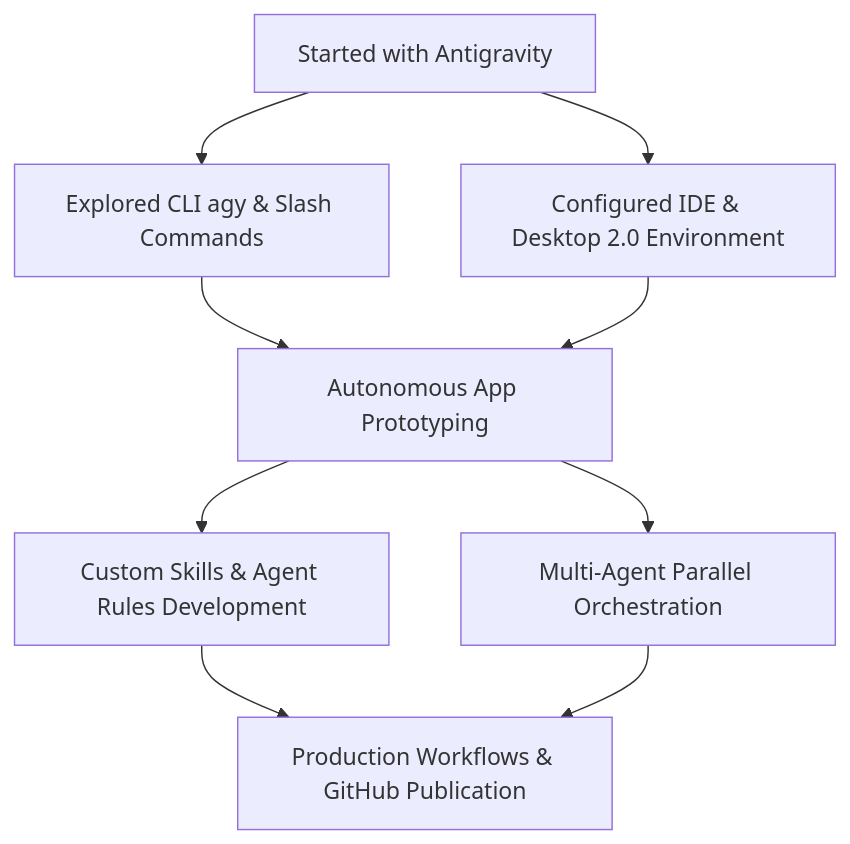
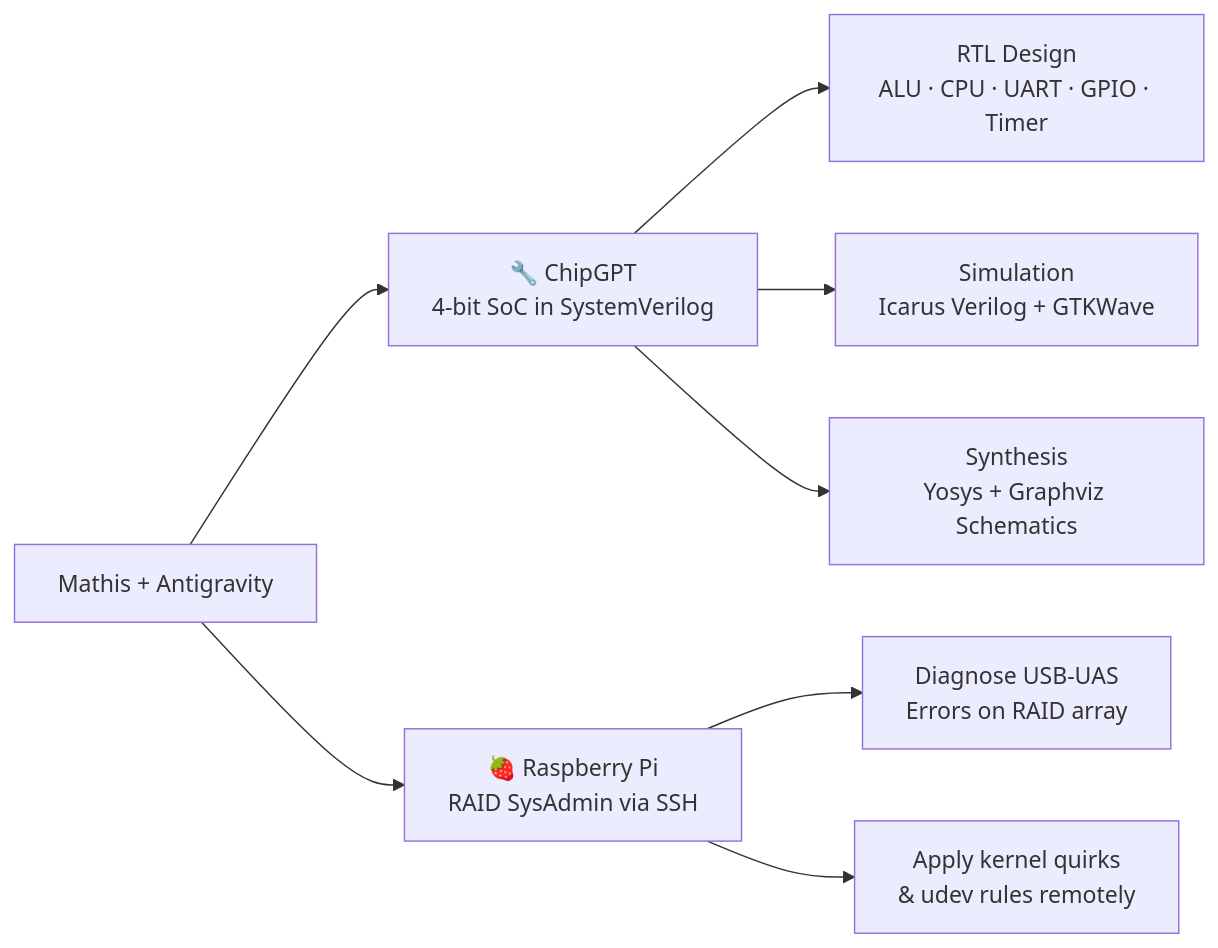
One commit to MathisBonnard/tst_agy changed the diagram in index.md. Above: the diagram before and after it, drawn with Mermaid. The commit also changed other lines of this file and 15 other files, not shown here.

First line of the commit message:
feat: rebuild site with real project content (ChipGPT + RPi SysAdmin)

````diff
--- a/index.md
+++ b/index.md
@@ -73,11 +31,10 @@
 ```mermaid
-graph TD
-    A[Started with Antigravity] --> B[Explored CLI agy & Slash Commands]
-    A --> C[Configured IDE & Desktop 2.0 Environment]
-    B --> D[Autonomous App Prototyping]
-    C --> D
-    D --> E[Custom Skills & Agent Rules Development]
-    D --> F[Multi-Agent Parallel Orchestration]
-    E --> G[Production Workflows & GitHub Publication]
-    F --> G
+graph LR
+    A[Mathis + Antigravity] --> B[🔧 ChipGPT\n4-bit SoC in SystemVerilog]
+    A --> C[🍓 Raspberry Pi\nRAID SysAdmin via SSH]
+    B --> D[RTL Design\nALU · CPU · UART · GPIO · Timer]
+    B --> E[Simulation\nIcarus Verilog + GTKWave]
+    B --> F[Synthesis\nYosys + Graphviz Schematics]
+    C --> G[Diagnose USB-UAS\nErrors on RAID array]
+    C --> H[Apply kernel quirks\n& udev rules remotely]
 ```
````
